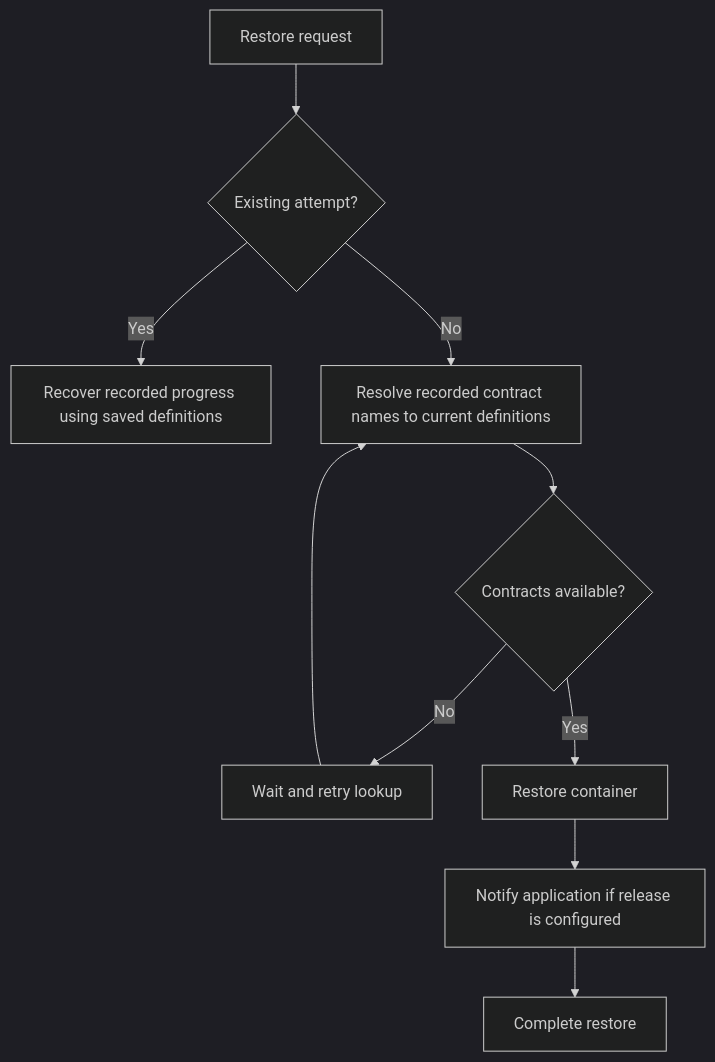
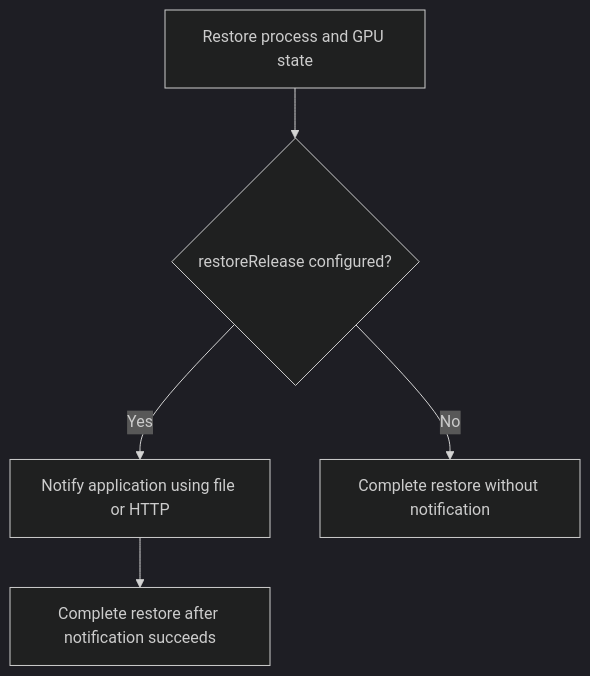
One commit to AlanFokCo/snapshot changed the second of 2 diagrams in docs/proposals/411-application-lifecycle-hooks/README.md. Above: the diagram before and after it, drawn with Mermaid (dark theme). The commit also changed other lines of this file, not shown here.

Commit message:
docs(proposals): refine contract review and API validation

````diff
--- a/docs/proposals/411-application-lifecycle-hooks/README.md
+++ b/docs/proposals/411-application-lifecycle-hooks/README.md
@@ -330,12 +378,7 @@
 ```mermaid
 flowchart TD
-    A[Restore request] --> B{Existing attempt?}
-    B -->|Yes| C[Recover recorded progress using saved definitions]
-    B -->|No| D[Resolve recorded contract names to current definitions]
-    D --> E{Contracts available?}
-    E -->|No| F[Wait and retry lookup]
-    F --> D
-    E -->|Yes| G[Restore container]
-    G --> H[Notify application if release is configured]
-    H --> I[Complete restore]
+    A[Restore process and GPU state] --> B{restoreRelease configured?}
+    B -->|Yes| C[Notify application using file or HTTP]
+    C --> D[Complete restore after notification succeeds]
+    B -->|No| E[Complete restore without notification]
 ```
````
